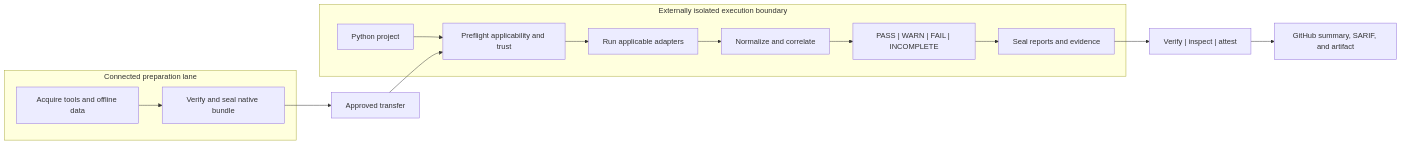
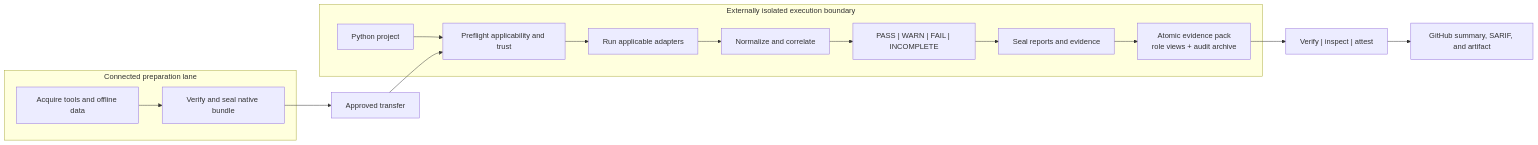
Before and after one commit to willtran87/project-py-security-suite: the diagram in README.md, drawn with Mermaid. The commit also changed other lines of this file and 86 other files, not shown here.

````diff
--- a/README.md
+++ b/README.md
@@ -53,17 +53,18 @@
 ```mermaid
 flowchart LR
     subgraph Prep["Connected preparation lane"]
         Acquire["Acquire tools and offline data"] --> Bundle["Verify and seal native bundle"]
     end
     Bundle --> Transfer["Approved transfer"]
     subgraph Boundary["Externally isolated execution boundary"]
         Project["Python project"] --> Doctor["Preflight applicability and trust"]
         Doctor --> Scan["Run applicable adapters"]
         Scan --> Findings["Normalize and correlate"]
         Findings --> Policy["PASS | WARN | FAIL | INCOMPLETE"]
         Policy --> Reports["Seal reports and evidence"]
+        Reports --> Pack["Atomic evidence pack<br/>role views + audit archive"]
     end
     Transfer --> Doctor
-    Reports --> Verify["Verify | inspect | attest"]
+    Pack --> Verify["Verify | inspect | attest"]
     Verify --> Publish["GitHub summary, SARIF, and artifact"]
 ```
````
